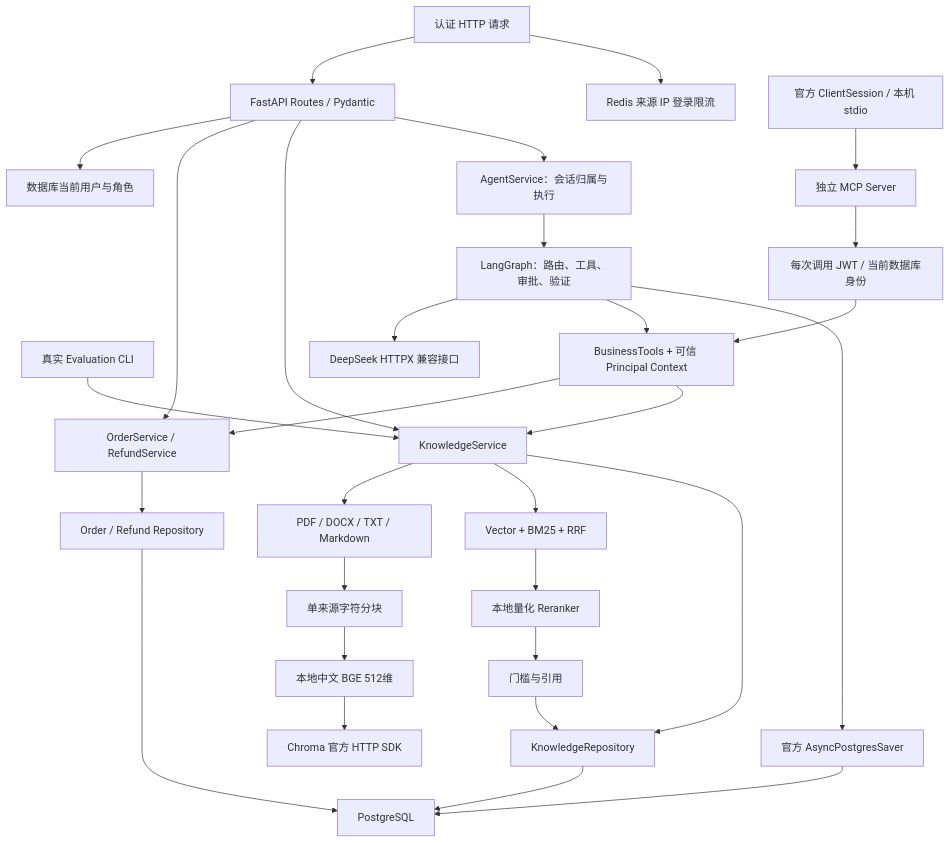
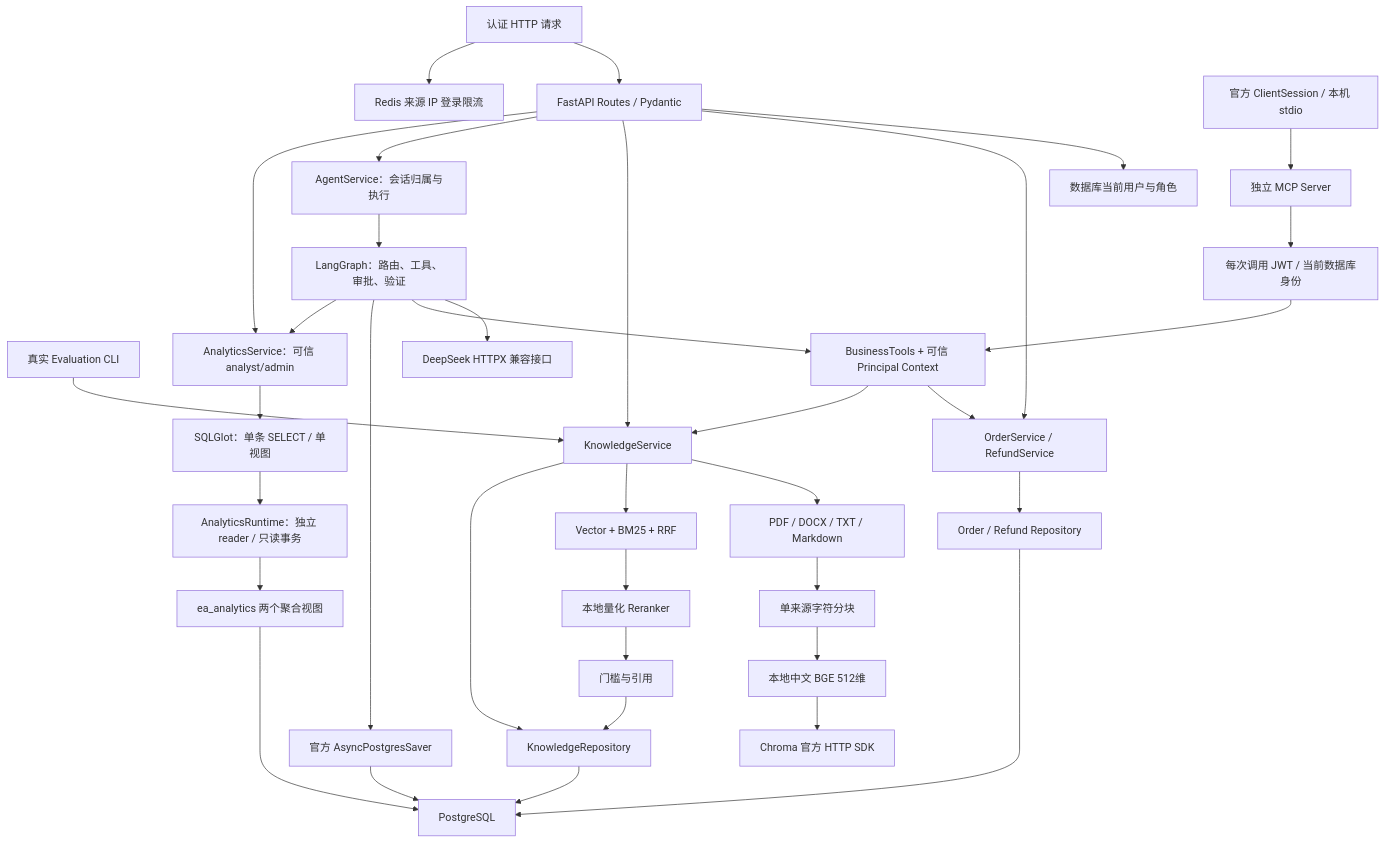
Before and after one commit to zjhwwwl/EnterpriseAgent: the first of 2 diagrams in docs/architecture.md, drawn with Mermaid. The commit also changed other lines of this file and 66 other files, not shown here.

````diff
--- a/docs/architecture.md
+++ b/docs/architecture.md
@@ -9,33 +9,39 @@
 ```mermaid
 flowchart TD
     HTTP["认证 HTTP 请求"] --> API["FastAPI Routes / Pydantic"]
     API --> AUTH["数据库当前用户与角色"]
     API --> ORDER["OrderService / RefundService"]
     ORDER --> REPO["Order / Refund Repository"]
     REPO --> DB["PostgreSQL"]
 
     API --> KNOW["KnowledgeService"]
     KNOW --> PARSE["PDF / DOCX / TXT / Markdown"]
     PARSE --> CHUNKS["单来源字符分块"]
     CHUNKS --> EMBED["本地中文 BGE 512维"]
     EMBED --> STORE["Chroma 官方 HTTP SDK"]
     KNOW --> RANK["Vector + BM25 + RRF"]
     RANK --> CROSS["本地量化 Reranker"]
     CROSS --> CITE["门槛与引用"]
     KNOW --> KREPO["KnowledgeRepository"]
     KREPO --> DB
     CITE --> KREPO
     HTTP --> REDIS["Redis 来源 IP 登录限流"]
     EVAL["真实 Evaluation CLI"] --> KNOW
     API --> AGENT["AgentService：会话归属与执行"]
     AGENT --> GRAPH["LangGraph：路由、工具、审批、验证"]
     GRAPH --> LLM["DeepSeek HTTPX 兼容接口"]
     GRAPH --> TOOLS["BusinessTools + 可信 Principal Context"]
     TOOLS --> ORDER
     TOOLS --> KNOW
     GRAPH --> CHECKPOINT["官方 AsyncPostgresSaver"]
     CHECKPOINT --> DB
+    API --> ANALYTICS["AnalyticsService：可信 analyst/admin"]
+    GRAPH --> ANALYTICS
+    ANALYTICS --> AST["SQLGlot：单条 SELECT / 单视图"]
+    AST --> READONLY["AnalyticsRuntime：独立 reader / 只读事务"]
+    READONLY --> VIEWS["ea_analytics 两个聚合视图"]
+    VIEWS --> DB
     MCPCLIENT["官方 ClientSession / 本机 stdio"] --> MCP["独立 MCP Server"]
     MCP --> MAUTH["每次调用 JWT / 当前数据库身份"]
     MAUTH --> TOOLS
 ```
````
